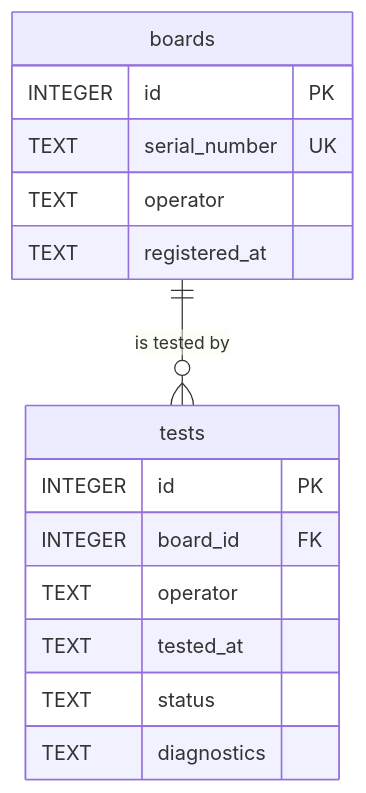
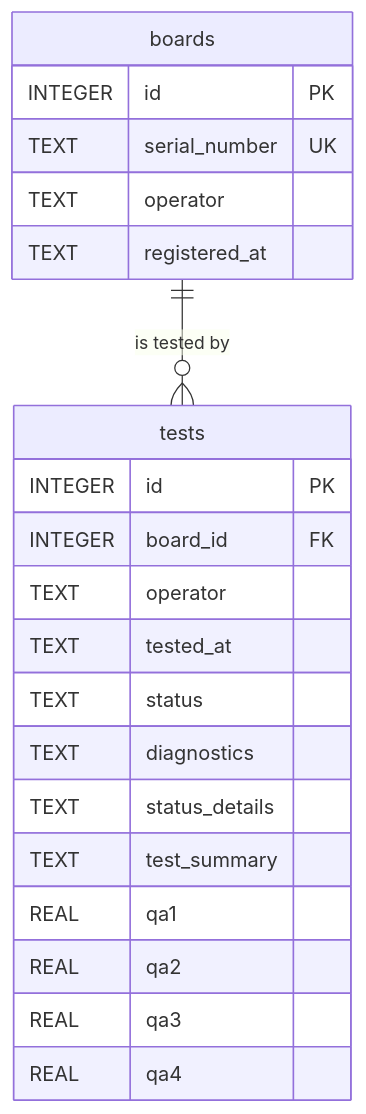
Before and after one commit to Interlaken0/amf-rg432: the diagram in docs/database/design-notes.md, drawn with Mermaid. The commit also changed other lines of this file and 13 other files, not shown here.

First line of the commit message:
feat: share status decoding across real and mock DLLs, report stage-2 columns

````diff
--- a/docs/database/design-notes.md
+++ b/docs/database/design-notes.md
@@ -13,18 +13,24 @@
 ```mermaid
 erDiagram
     boards ||--o{ tests : "is tested by"
     boards {
         INTEGER id PK
         TEXT serial_number UK
         TEXT operator
         TEXT registered_at
     }
     tests {
         INTEGER id PK
         INTEGER board_id FK
         TEXT operator
         TEXT tested_at
         TEXT status
         TEXT diagnostics
+        TEXT status_details
+        TEXT test_summary
+        REAL qa1
+        REAL qa2
+        REAL qa3
+        REAL qa4
     }
 ```
````
